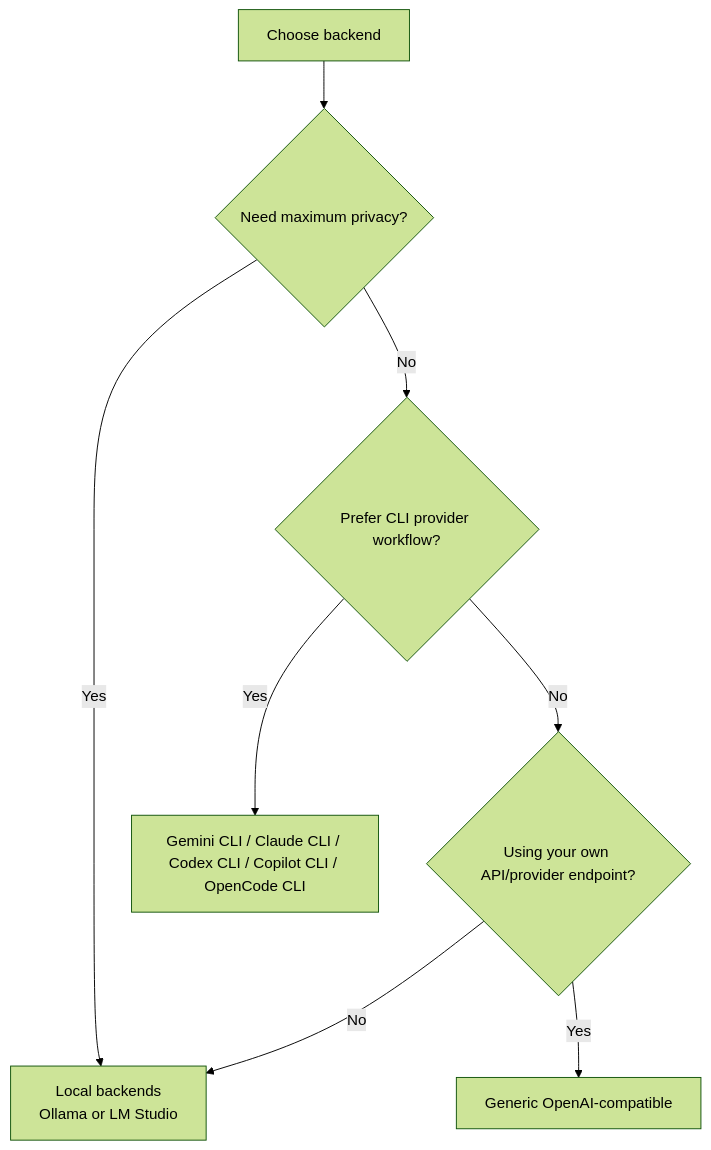
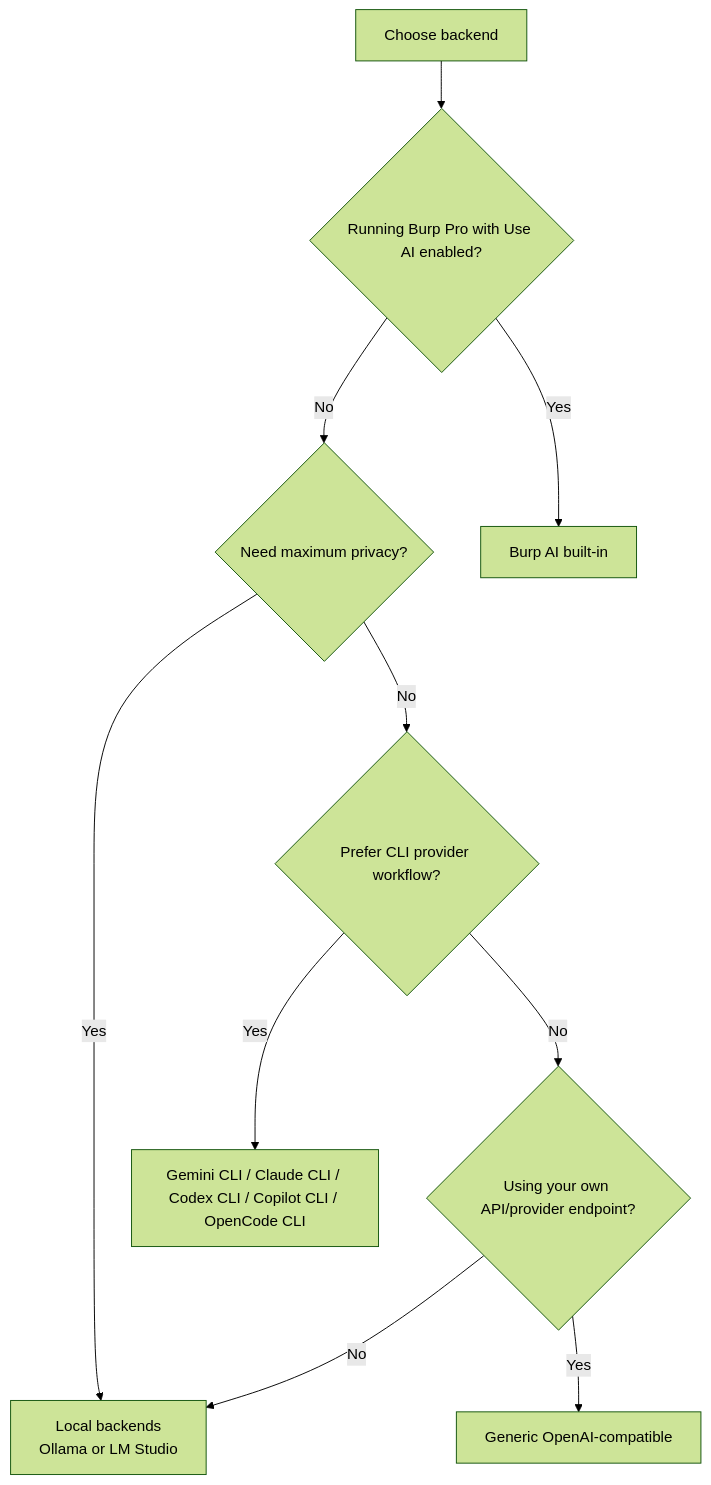
One commit to six2dez/burp-ai-agent-docs changed the diagram in backends/overview.md. Above: the diagram before and after it, drawn with Mermaid (forest theme). The commit also changed other lines of this file and 36 other files, not shown here.

````diff
--- a/backends/overview.md
+++ b/backends/overview.md
@@ -7,17 +7,21 @@
 ```mermaid
 flowchart TD
     Start[Choose backend]
+    BurpPro{Running Burp Pro with Use AI enabled?}
     Privacy{Need maximum privacy?}
     Cli{Prefer CLI provider workflow?}
     OwnApi{Using your own API/provider endpoint?}
 
-    Start --> Privacy
+    Start --> BurpPro
+    BurpPro -->|Yes| BurpAi[Burp AI built-in]
+    BurpPro -->|No| Privacy
+
     Privacy -->|Yes| Local[Local backends\nOllama or LM Studio]
     Privacy -->|No| Cli
 
     Cli -->|Yes| CloudCli[Gemini CLI / Claude CLI / Codex CLI / Copilot CLI / OpenCode CLI]
     Cli -->|No| OwnApi
 
     OwnApi -->|Yes| Generic[Generic OpenAI-compatible]
     OwnApi -->|No| Local
 ```
````
